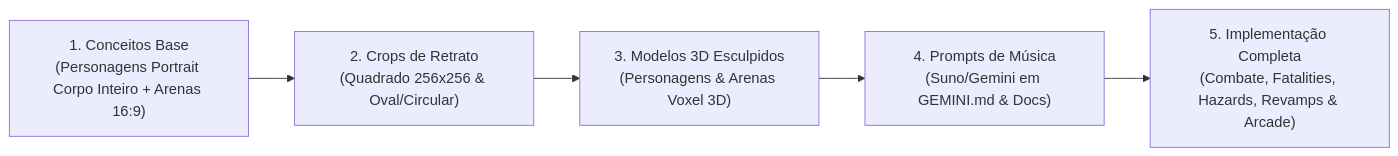
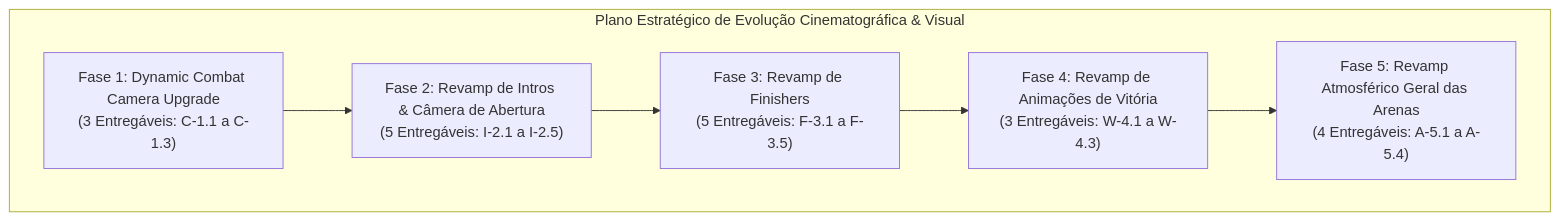
The diagram in docs/EXPANSION_ROADMAP_AND_DESIGN.md (colletes/samurai-edge-demake), drawn with Mermaid before and after one commit. The commit also changed other lines of this file and 13 other files, not shown here.

Commit message:
feat: balance projectile dodge graze immunity and restructure cinematic roadmap deliverables

````diff
--- a/docs/EXPANSION_ROADMAP_AND_DESIGN.md
+++ b/docs/EXPANSION_ROADMAP_AND_DESIGN.md
@@ -158,7 +11,11 @@
 ```mermaid
-flowchart LR
-    Step1["1. Conceitos Base<br>(Personagens Portrait Corpo Inteiro + Arenas 16:9)"] --> Step2["2. Crops de Retrato<br>(Quadrado 256x256 & Oval/Circular)"]
-    Step2 --> Step3["3. Modelos 3D Esculpidos<br>(Personagens & Arenas Voxel 3D)"]
-    Step3 --> Step4["4. Prompts de Música<br>(Suno/Gemini em GEMINI.md & Docs)"]
-    Step4 --> Step5["5. Implementação Completa<br>(Combate, Fatalities, Hazards, Revamps & Arcade)"]
+flowchart TD
+    subgraph ActivePhases["Plano Estratégico de Evolução Cinematográfica & Visual"]
+        P1["Fase 1: Dynamic Combat Camera Upgrade<br>(3 Entregáveis: C-1.1 a C-1.3)"]
+        P2["Fase 2: Revamp de Intros & Câmera de Abertura<br>(5 Entregáveis: I-2.1 a I-2.5)"]
+        P3["Fase 3: Revamp de Finishers<br>(5 Entregáveis: F-3.1 a F-3.5)"]
+        P4["Fase 4: Revamp de Animações de Vitória<br>(3 Entregáveis: W-4.1 a W-4.3)"]
+        P5["Fase 5: Revamp Atmosférico Geral das Arenas<br>(4 Entregáveis: A-5.1 a A-5.4)"]
+    end
+    P1 --> P2 --> P3 --> P4 --> P5
 ```
````
